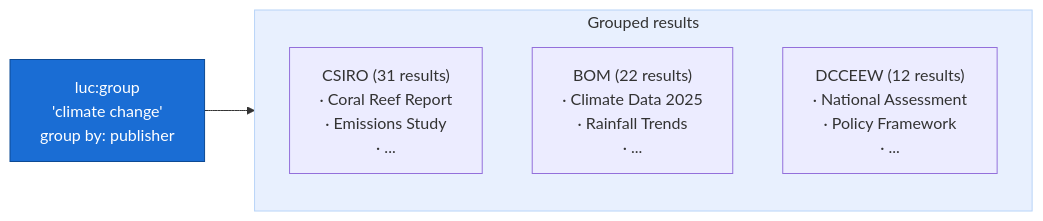
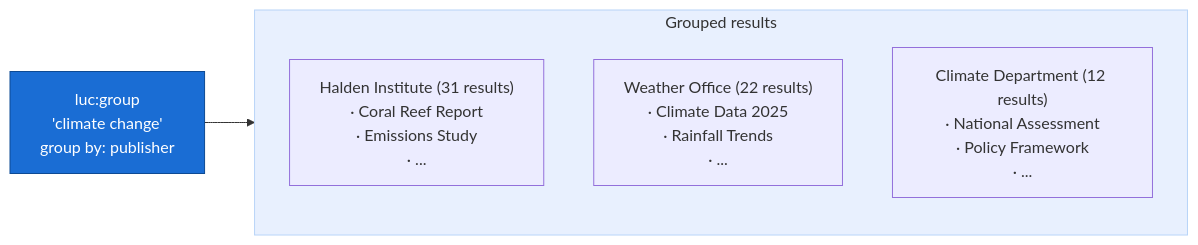
Diagram 11 of 12 in docs/08-use-cases.md (Kurrawong/jena), drawn with Mermaid before and after one commit. The commit also changed other lines of this file and 40 other files, not shown here.

````diff
--- a/docs/08-use-cases.md
+++ b/docs/08-use-cases.md
@@ -475,15 +475,15 @@
 ```mermaid
 flowchart LR
     Query["luc:group<br/>'climate change'<br/>group by: publisher"]
 
     subgraph Groups["Grouped results"]
-        G1["CSIRO (31 results)<br/>· Coral Reef Report<br/>· Emissions Study<br/>· ..."]
-        G2["BOM (22 results)<br/>· Climate Data 2025<br/>· Rainfall Trends<br/>· ..."]
-        G3["DCCEEW (12 results)<br/>· National Assessment<br/>· Policy Framework<br/>· ..."]
+        G1["Halden Institute (31 results)<br/>· Coral Reef Report<br/>· Emissions Study<br/>· ..."]
+        G2["Weather Office (22 results)<br/>· Climate Data 2025<br/>· Rainfall Trends<br/>· ..."]
+        G3["Climate Department (12 results)<br/>· National Assessment<br/>· Policy Framework<br/>· ..."]
     end
 
     Query --> Groups
 
     style Query fill:#1a6dd4,stroke:#0d4a94,color:#fff
     style Groups fill:#e8f0fe,stroke:#b8d4f8,color:#333
 ```
````
